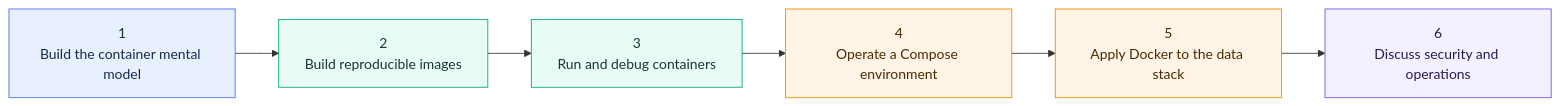
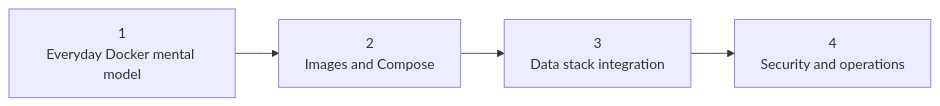
Before and after one commit to shonningsoy/Upskill: the diagram in 04 Docker/Docker Learning Map.md, drawn with Mermaid. The commit also changed other lines of this file and 62 other files, not shown here.

````diff
--- a/04 Docker/Docker Learning Map.md
+++ b/04 Docker/Docker Learning Map.md
@@ -37,18 +33,6 @@
 ```mermaid
 flowchart LR
-    A["1<br/>Build the container mental model"] --> B["2<br/>Build reproducible images"]
-    B --> C["3<br/>Run and debug containers"]
-    C --> D["4<br/>Operate a Compose environment"]
-    D --> E["5<br/>Apply Docker to the data stack"]
-    E --> F["6<br/>Discuss security and operations"]
-
-    classDef foundation fill:#E8F0FE,stroke:#4C6EF5,color:#172B4D
-    classDef build fill:#E6FCF5,stroke:#0CA678,color:#163A2D
-    classDef operate fill:#FFF4E6,stroke:#F08C00,color:#4A2A00
-    classDef judgment fill:#F3F0FF,stroke:#7950F2,color:#2B1B54
-
-    class A foundation
-    class B,C build
-    class D,E operate
-    class F judgment
+    A["1<br/>Everyday Docker mental model"] --> B["2<br/>Images and Compose"]
+    B --> C["3<br/>Data stack integration"]
+    C --> D["4<br/>Security and operations"]
 ```
````
